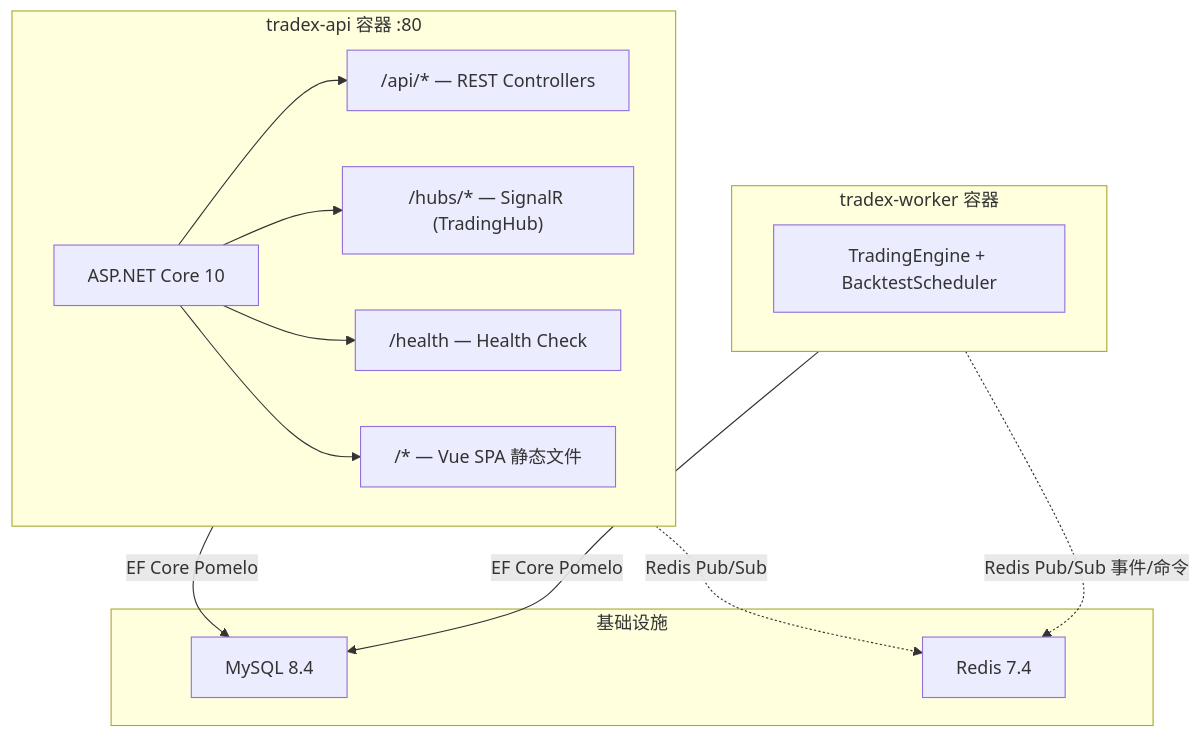
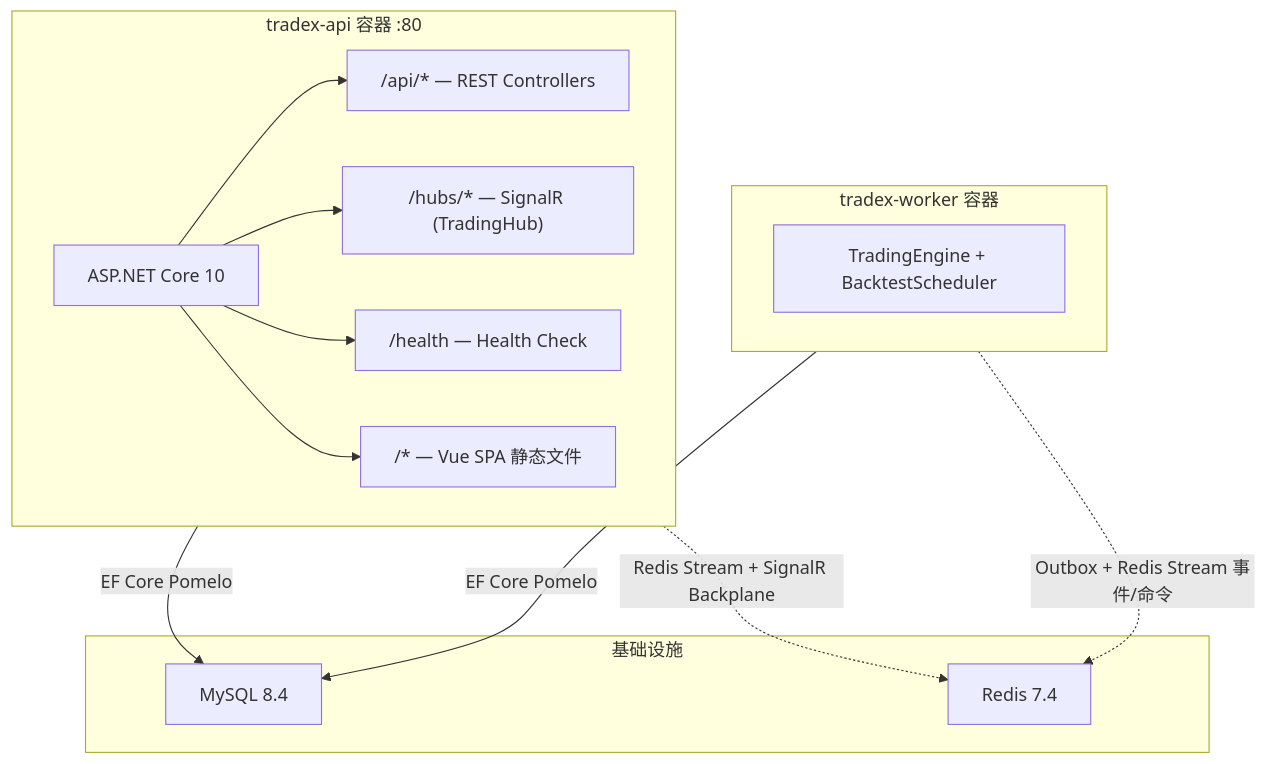
Before and after one commit to bambuo/TradeX: the diagram in README.md, drawn with Mermaid. The commit also changed other lines of this file and 59 other files, not shown here.

````diff
--- a/README.md
+++ b/README.md
@@ -7,24 +7,24 @@
 ```mermaid
 flowchart TB
     subgraph API["tradex-api 容器 :80"]
         A["ASP.NET Core 10"]
         A --> B["/api/* — REST Controllers"]
         A --> C["/hubs/* — SignalR (TradingHub)"]
         A --> D["/health — Health Check"]
         A --> E["/* — Vue SPA 静态文件"]
     end
 
     subgraph Worker["tradex-worker 容器"]
         W["TradingEngine + BacktestScheduler"]
     end
 
     subgraph Services["基础设施"]
         F["MySQL 8.4"]
         R["Redis 7.4"]
     end
 
     API -->|EF Core Pomelo| F
-    API -.->|Redis Pub/Sub| R
+    API -.->|Redis Stream + SignalR Backplane| R
     Worker -->|EF Core Pomelo| F
-    Worker -.->|Redis Pub/Sub 事件/命令| R
+    Worker -.->|Outbox + Redis Stream 事件/命令| R
 ```
````
